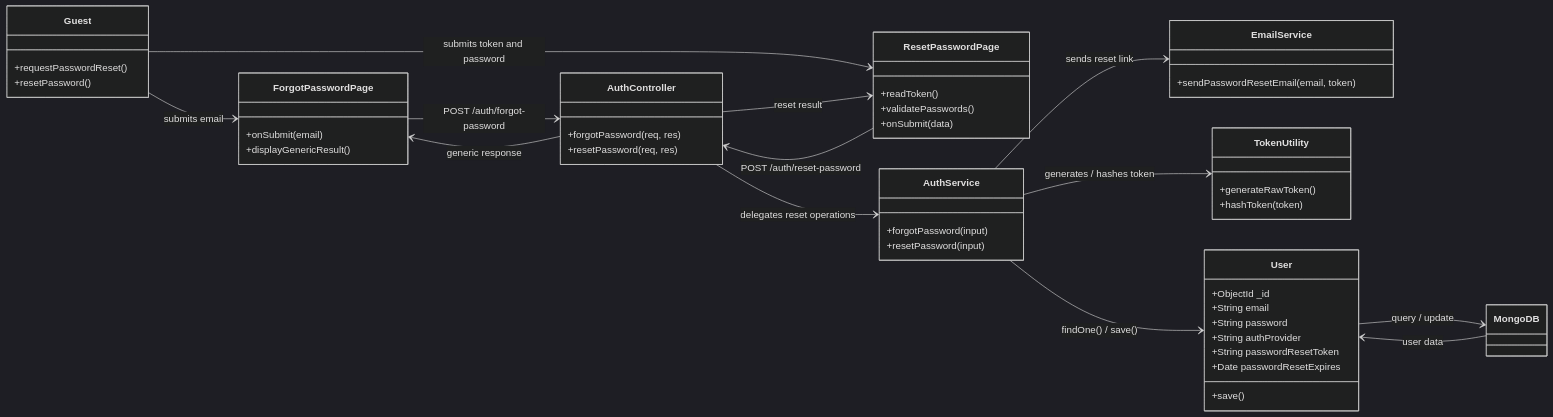
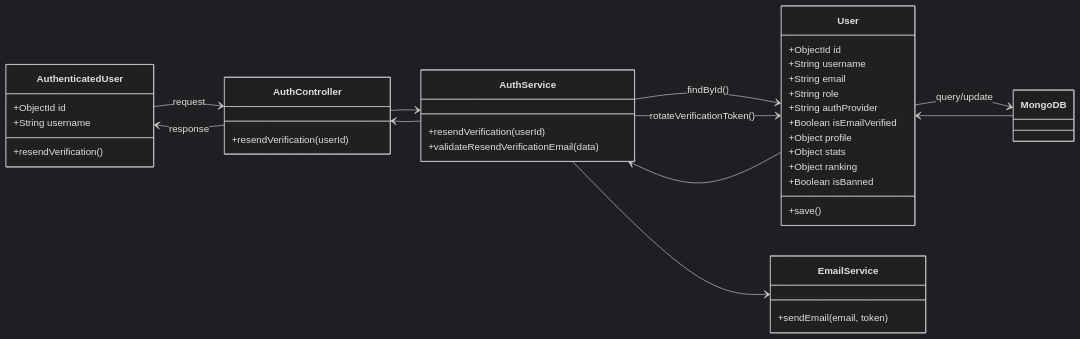
One commit to SUMMER2026SE/wdp301-rbl-project-wdp_se18d08_group-5 changed the ninth of 60 diagrams in docs/19_Detailed_Design.md. Above: the diagram before and after it, drawn with Mermaid (dark theme). The commit also changed other lines of this file, not shown here.

````diff
--- a/docs/19_Detailed_Design.md
+++ b/docs/19_Detailed_Design.md
@@ -501,64 +654,50 @@
 ```mermaid
 classDiagram
 direction LR
 
-class Guest {
-    +requestPasswordReset()
-    +resetPassword()
-}
-
-class ForgotPasswordPage {
-    +onSubmit(email)
-    +displayGenericResult()
-}
-
-class ResetPasswordPage {
-    +readToken()
-    +validatePasswords()
-    +onSubmit(data)
+class AuthenticatedUser {
+    +ObjectId id
+    +String username
+    +resendVerification()
 }
 
 class AuthController {
-    +forgotPassword(req, res)
-    +resetPassword(req, res)
+    +resendVerification(userId)
 }
 
 class AuthService {
-    +forgotPassword(input)
-    +resetPassword(input)
+    +resendVerification(userId)
+    +validateResendVerificationEmail(data)
+}
+
+class User {
+    +ObjectId id
+    +String username
+    +String email
+    +String role
+    +String authProvider
+    +Boolean isEmailVerified
+    +Object profile
+    +Object stats
+    +Object ranking
+    +Boolean isBanned
+    +save()
 }
 
 class EmailService {
-    +sendPasswordResetEmail(email, token)
-}
-
-class TokenUtility {
-    +generateRawToken()
-    +hashToken(token)
-}
-
-class User {
-    +ObjectId _id
-    +String email
-    +String password
-    +String authProvider
-    +String passwordResetToken
-    +Date passwordResetExpires
-    +save()
+    +sendEmail(email, token)
 }
 
 class MongoDB
 
-Guest --> ForgotPasswordPage : submits email
-ForgotPasswordPage --> AuthController : POST /auth/forgot-password
-Guest --> ResetPasswordPage : submits token and password
-ResetPasswordPage --> AuthController : POST /auth/reset-password
-AuthController --> AuthService : delegates reset operations
-AuthService --> TokenUtility : generates / hashes token
-AuthService --> EmailService : sends reset link
-AuthService --> User : findOne() / save()
-User --> MongoDB : query / update
-MongoDB --> User : user data
-AuthController --> ForgotPasswordPage : generic response
-AuthController --> ResetPasswordPage : reset result
+AuthenticatedUser --> AuthController : request
+AuthController --> AuthService
+AuthService --> User : findById()
+AuthService --> User : rotateVerificationToken()
+User --> MongoDB : query/update
+MongoDB --> User
+User --> AuthService
+AuthService --> EmailService
+AuthService --> AuthController
+AuthController --> AuthenticatedUser : response
 ```
````
